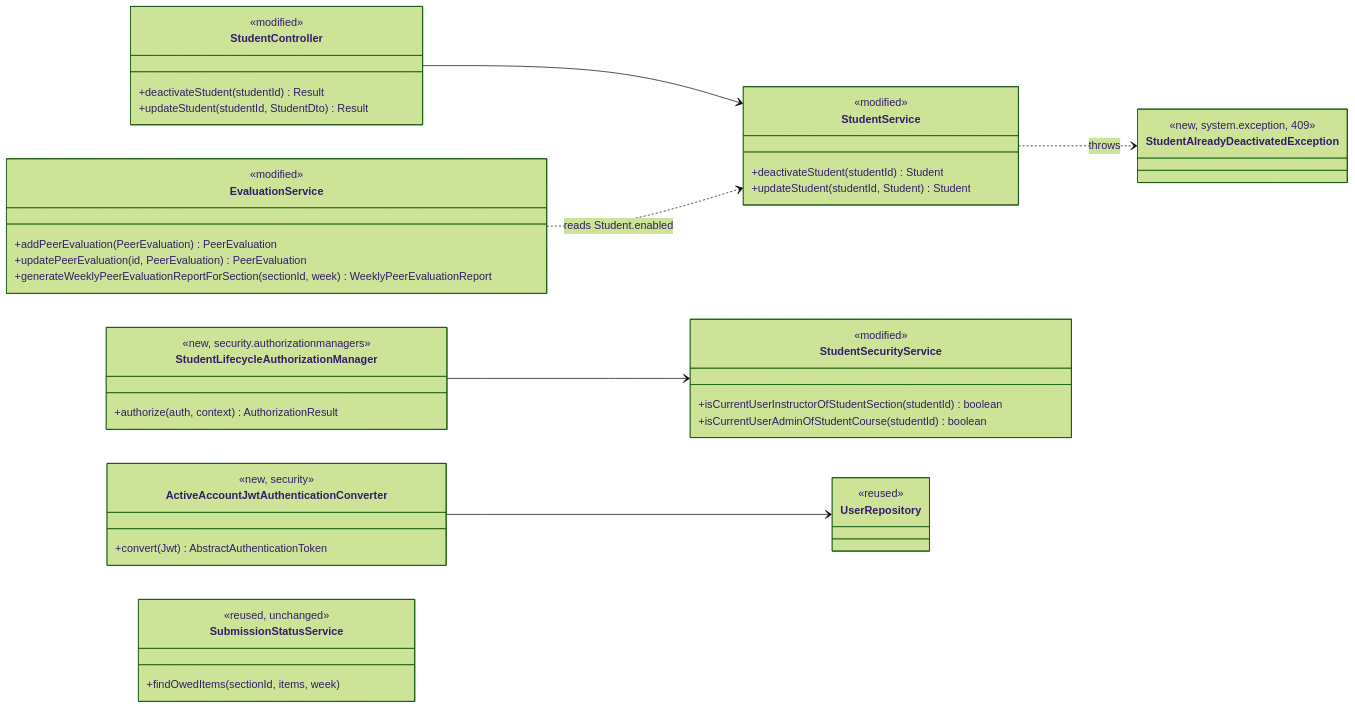
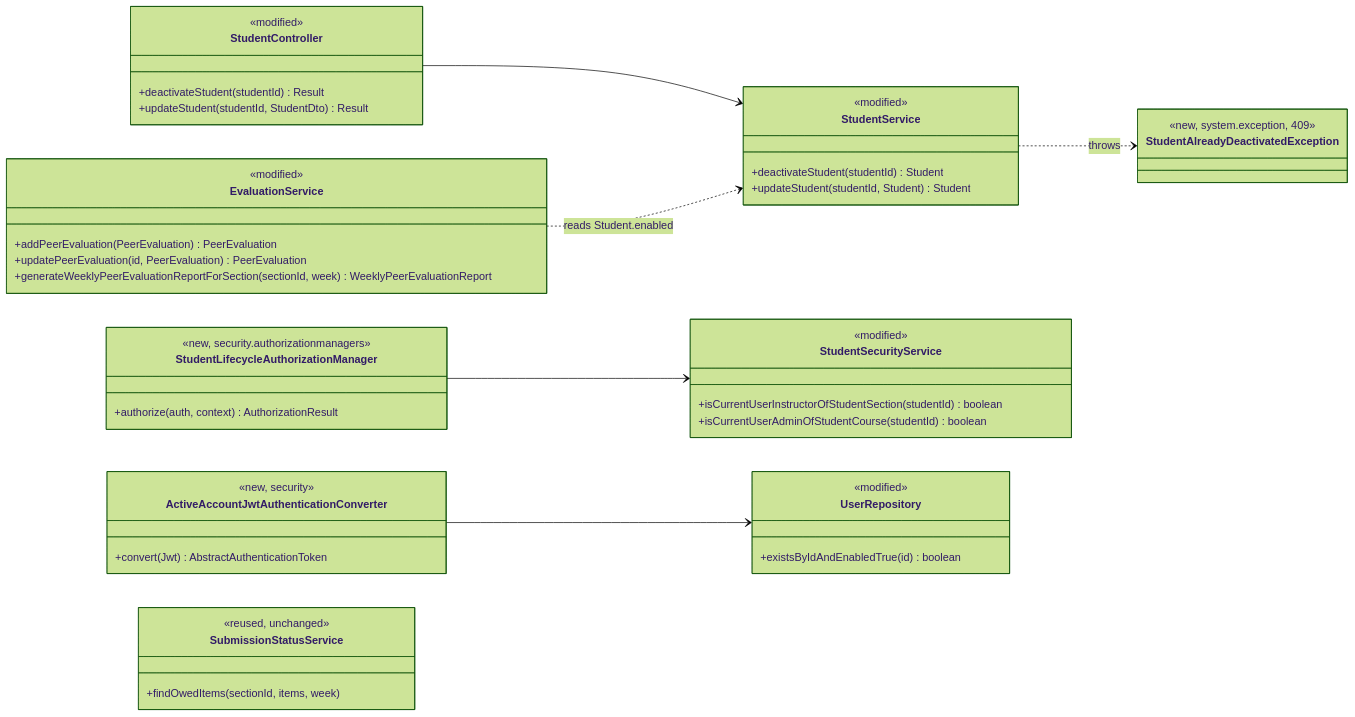
Before and after one commit to Exons26/add-a-use-case: the first of 3 diagrams in docs/design/stu.md, drawn with Mermaid (forest theme). The commit also changed other lines of this file and 1 other file, not shown here.

````diff
--- a/docs/design/stu.md
+++ b/docs/design/stu.md
@@ -16,48 +16,49 @@
 ```mermaid
 classDiagram
     direction LR
     class StudentController {
         <<modified>>
         +deactivateStudent(studentId) Result
         +updateStudent(studentId, StudentDto) Result
     }
     class StudentService {
         <<modified>>
         +deactivateStudent(studentId) Student
         +updateStudent(studentId, Student) Student
     }
     class StudentLifecycleAuthorizationManager {
         <<new, security.authorizationmanagers>>
         +authorize(auth, context) AuthorizationResult
     }
     class StudentSecurityService {
         <<modified>>
         +isCurrentUserInstructorOfStudentSection(studentId) boolean
         +isCurrentUserAdminOfStudentCourse(studentId) boolean
     }
     class ActiveAccountJwtAuthenticationConverter {
         <<new, security>>
         +convert(Jwt) AbstractAuthenticationToken
     }
     class StudentAlreadyDeactivatedException {
         <<new, system.exception, 409>>
     }
     class EvaluationService {
         <<modified>>
         +addPeerEvaluation(PeerEvaluation) PeerEvaluation
         +updatePeerEvaluation(id, PeerEvaluation) PeerEvaluation
         +generateWeeklyPeerEvaluationReportForSection(sectionId, week) WeeklyPeerEvaluationReport
     }
     class SubmissionStatusService {
         <<reused, unchanged>>
         +findOwedItems(sectionId, items, week)
     }
     class UserRepository {
-        <<reused>>
+        <<modified>>
+        +existsByIdAndEnabledTrue(id) boolean
     }
     StudentLifecycleAuthorizationManager --> StudentSecurityService
     StudentController --> StudentService
     StudentService ..> StudentAlreadyDeactivatedException : throws
     ActiveAccountJwtAuthenticationConverter --> UserRepository
     EvaluationService ..> StudentService : reads Student.enabled
 ```
````
